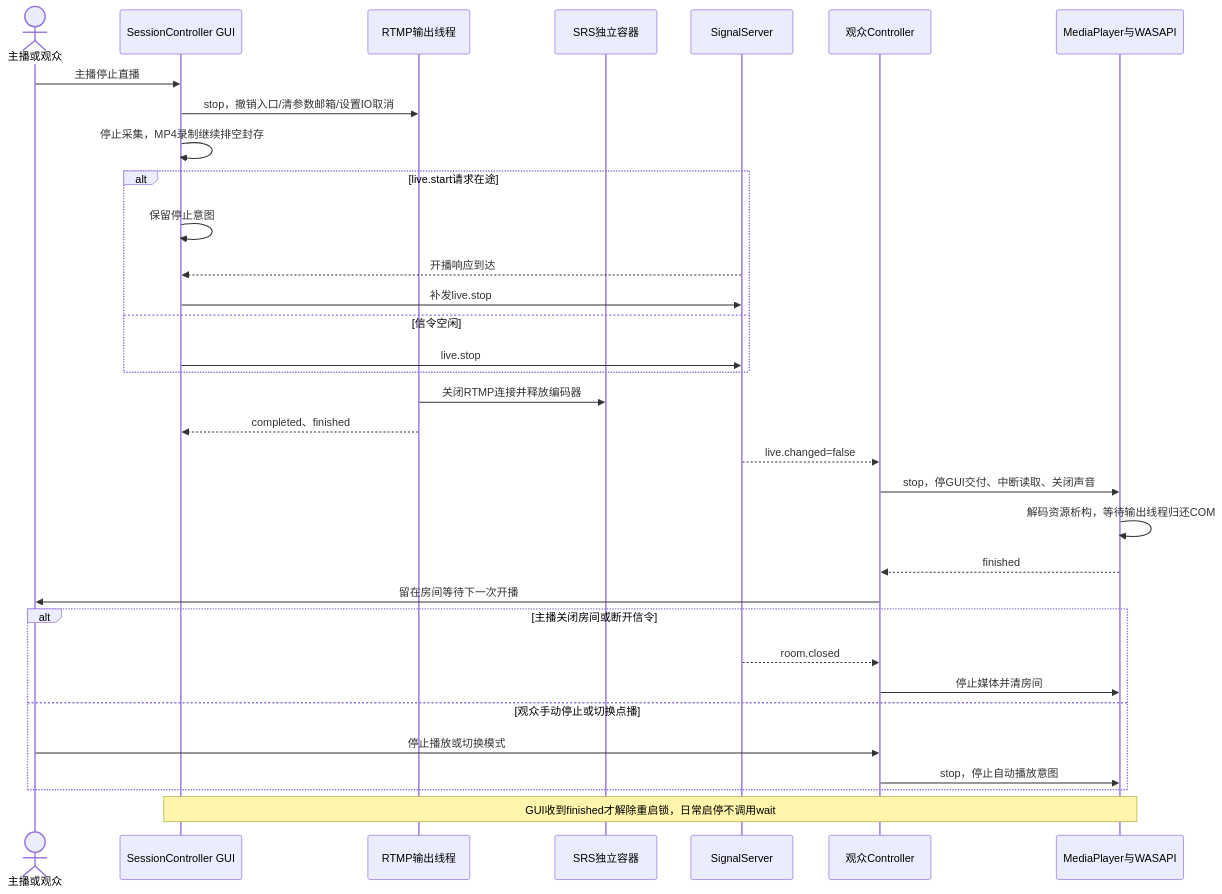
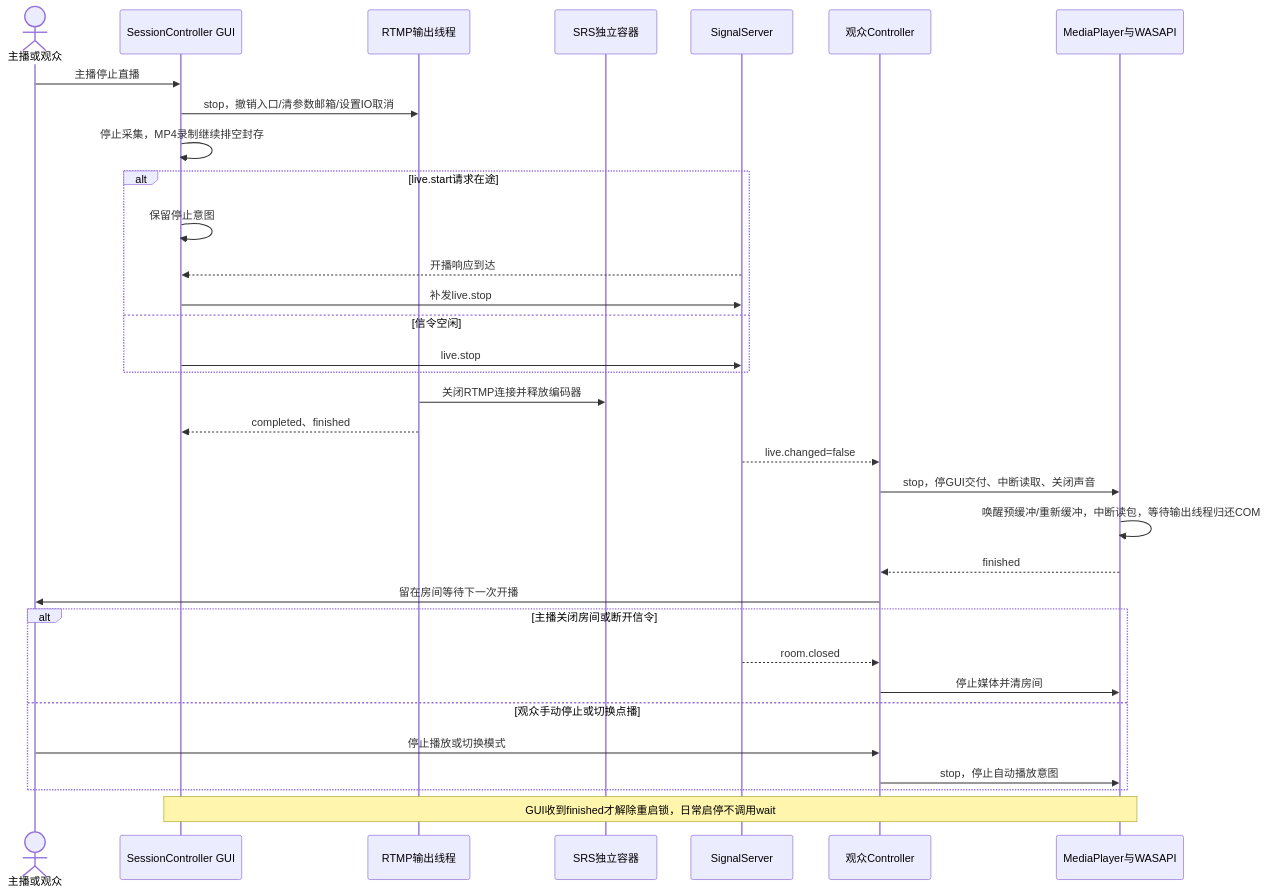
Before and after one commit to kingsman-svg/OBS: the diagram in docs/uml/live-stop.mmd, drawn with Mermaid. The commit also changed 31 other files, not shown here.

```diff
--- a/docs/uml/live-stop.mmd
+++ b/docs/uml/live-stop.mmd
@@ -1,33 +1,33 @@
 sequenceDiagram
 actor U as 主播或观众
 participant C as SessionController GUI
 participant P as RTMP输出线程
 participant R as SRS独立容器
 participant S as SignalServer
 participant V as 观众Controller
 participant D as MediaPlayer与WASAPI
 U->>C: 主播停止直播
 C->>P: stop，撤销入口/清参数邮箱/设置IO取消
 C->>C: 停止采集，MP4录制继续排空封存
 alt live.start请求在途
 C->>C: 保留停止意图
 S-->>C: 开播响应到达
 C->>S: 补发live.stop
 else 信令空闲
 C->>S: live.stop
 end
 P->>R: 关闭RTMP连接并释放编码器
 P-->>C: completed、finished
 S-->>V: live.changed=false
 V->>D: stop，停GUI交付、中断读取、关闭声音
-D->>D: 解码资源析构，等待输出线程归还COM
+D->>D: 唤醒预缓冲/重新缓冲，中断读包，等待输出线程归还COM
 D-->>V: finished
 V->>U: 留在房间等待下一次开播
 alt 主播关闭房间或断开信令
 S-->>V: room.closed
 V->>D: 停止媒体并清房间
 else 观众手动停止或切换点播
 U->>V: 停止播放或切换模式
 V->>D: stop，停止自动播放意图
 end
 Note over C,D: GUI收到finished才解除重启锁，日常启停不调用wait
```
